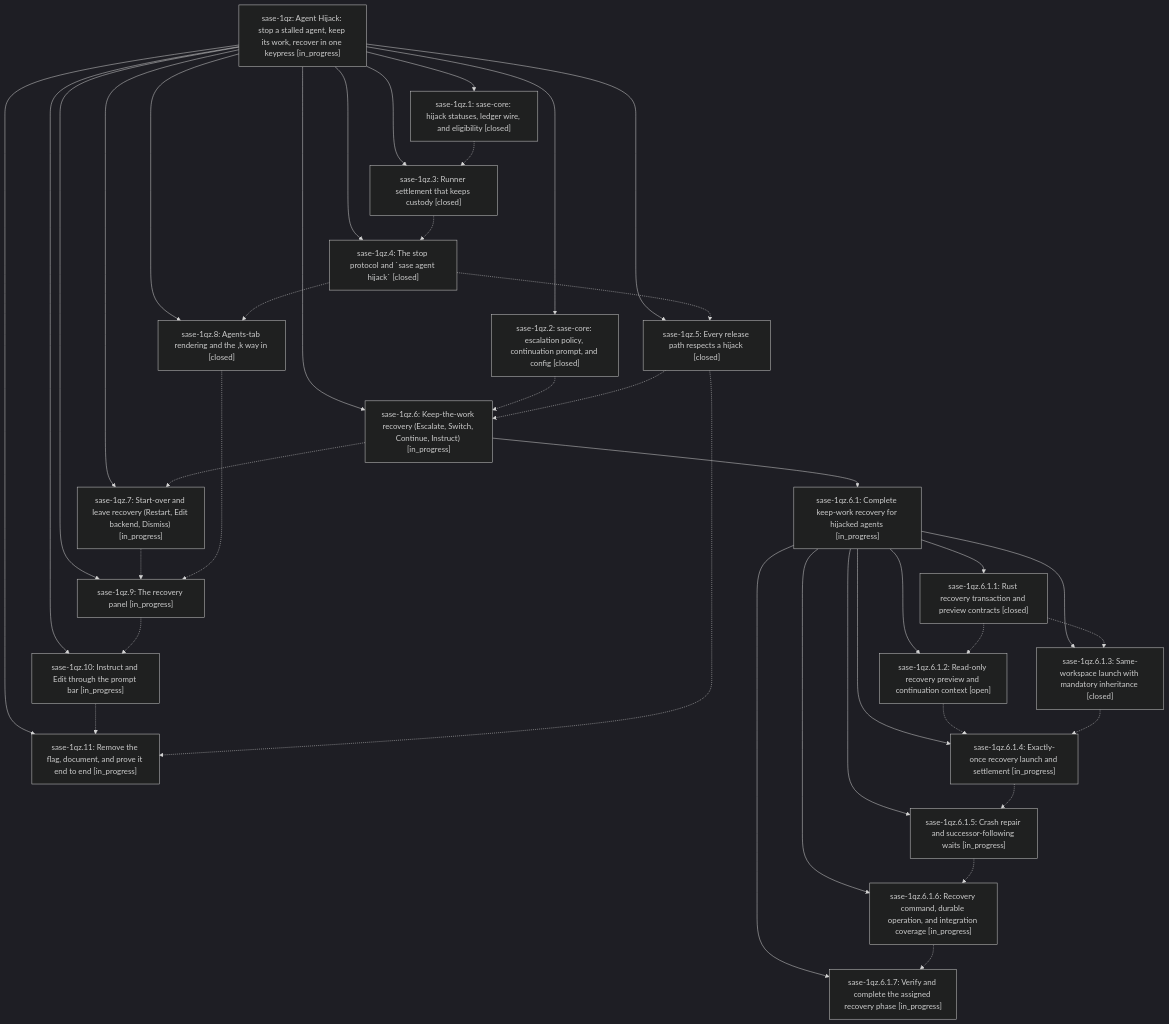
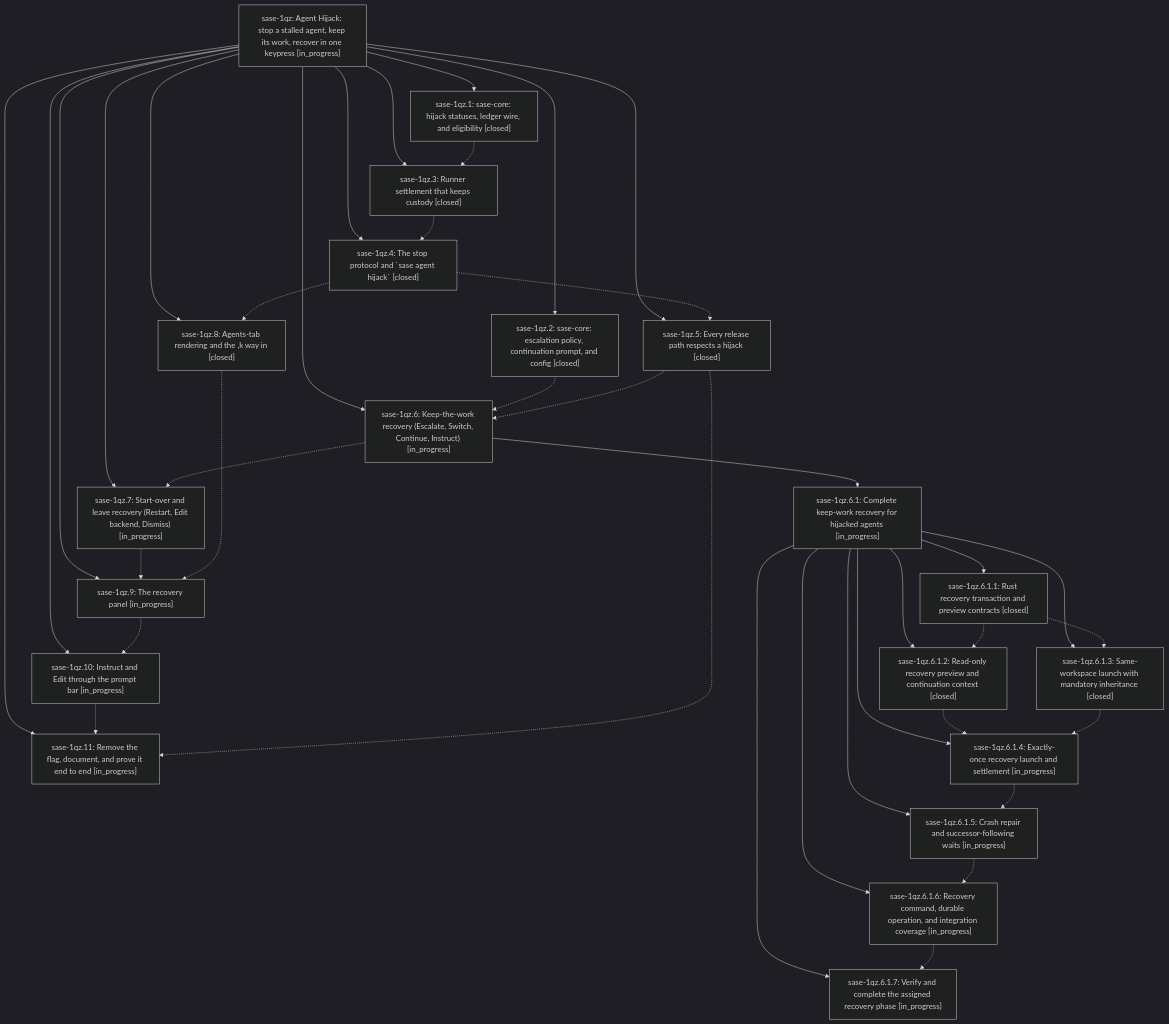
The diagram in pages/sase-1qz/README.md (sase-org/sase--beads), drawn with Mermaid (dark theme) before and after one commit. The commit also changed other lines of this file and 19 other files, not shown here.

````diff
--- a/pages/sase-1qz/README.md
+++ b/pages/sase-1qz/README.md
@@ -32,61 +32,61 @@
 ```mermaid
 flowchart TD
     n0["sase-1qz: Agent Hijack: stop a stalled agent, keep its work, recover in one keypress [in_progress]"]
     n1["sase-1qz.1: sase-core: hijack statuses, ledger wire, and eligibility [closed]"]
     n2["sase-1qz.10: Instruct and Edit through the prompt bar [in_progress]"]
     n3["sase-1qz.11: Remove the flag, document, and prove it end to end [in_progress]"]
     n4["sase-1qz.2: sase-core: escalation policy, continuation prompt, and config [closed]"]
     n5["sase-1qz.3: Runner settlement that keeps custody [closed]"]
     n6["sase-1qz.4: The stop protocol and `sase agent hijack` [closed]"]
     n7["sase-1qz.5: Every release path respects a hijack [closed]"]
     n8["sase-1qz.6: Keep-the-work recovery (Escalate, Switch, Continue, Instruct) [in_progress]"]
     n9["sase-1qz.6.1: Complete keep-work recovery for hijacked agents [in_progress]"]
     n10["sase-1qz.6.1.1: Rust recovery transaction and preview contracts [closed]"]
-    n11["sase-1qz.6.1.2: Read-only recovery preview and continuation context [open]"]
+    n11["sase-1qz.6.1.2: Read-only recovery preview and continuation context [closed]"]
     n12["sase-1qz.6.1.3: Same-workspace launch with mandatory inheritance [closed]"]
     n13["sase-1qz.6.1.4: Exactly-once recovery launch and settlement [in_progress]"]
     n14["sase-1qz.6.1.5: Crash repair and successor-following waits [in_progress]"]
     n15["sase-1qz.6.1.6: Recovery command, durable operation, and integration coverage [in_progress]"]
     n16["sase-1qz.6.1.7: Verify and complete the assigned recovery phase [in_progress]"]
     n17["sase-1qz.7: Start-over and leave recovery (Restart, Edit backend, Dismiss) [in_progress]"]
     n18["sase-1qz.8: Agents-tab rendering and the ,k way in [closed]"]
     n19["sase-1qz.9: The recovery panel [in_progress]"]
     n0 --> n1
     n0 --> n2
     n0 --> n3
     n0 --> n4
     n0 --> n5
     n0 --> n6
     n0 --> n7
     n0 --> n8
     n8 --> n9
     n9 --> n10
     n9 --> n11
     n9 --> n12
     n9 --> n13
     n9 --> n14
     n9 --> n15
     n9 --> n16
     n0 --> n17
     n0 --> n18
     n0 --> n19
     n1 -.-> n5
     n2 -.-> n3
     n4 -.-> n8
     n5 -.-> n6
     n6 -.-> n7
     n6 -.-> n18
     n7 -.-> n3
     n7 -.-> n8
     n8 -.-> n17
     n10 -.-> n11
     n10 -.-> n12
     n11 -.-> n13
     n12 -.-> n13
     n13 -.-> n14
     n14 -.-> n15
     n15 -.-> n16
     n17 -.-> n19
     n18 -.-> n19
     n19 -.-> n2
 ```
````
